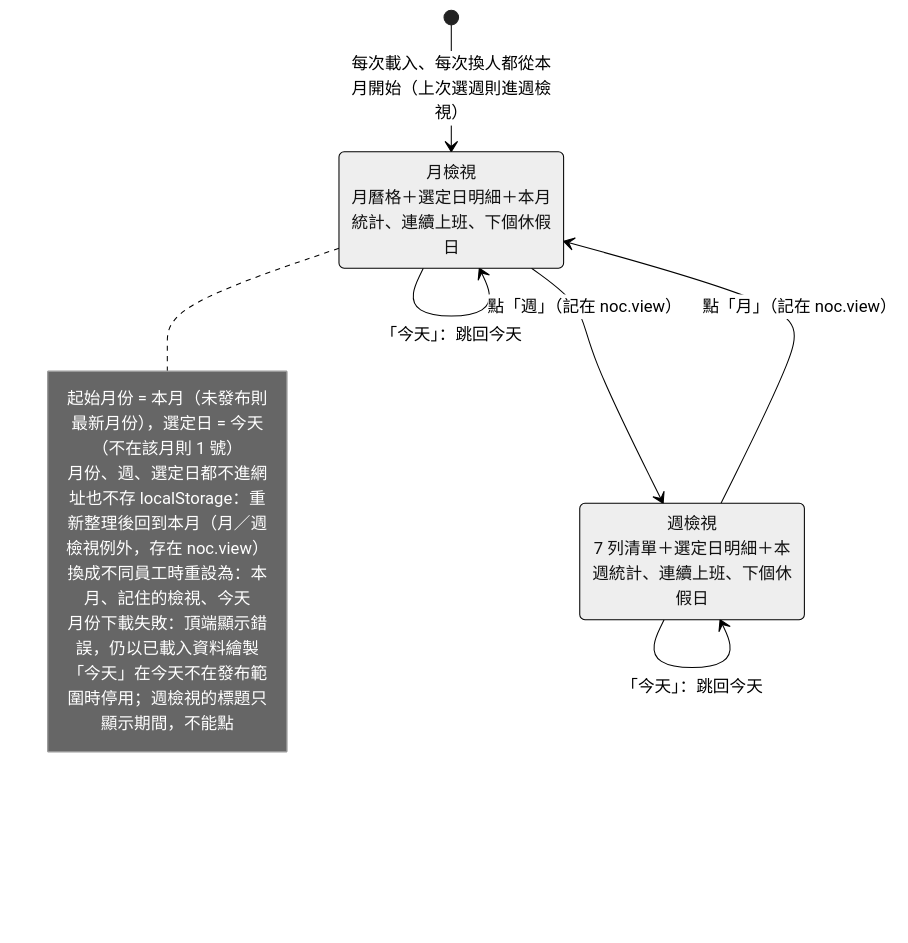
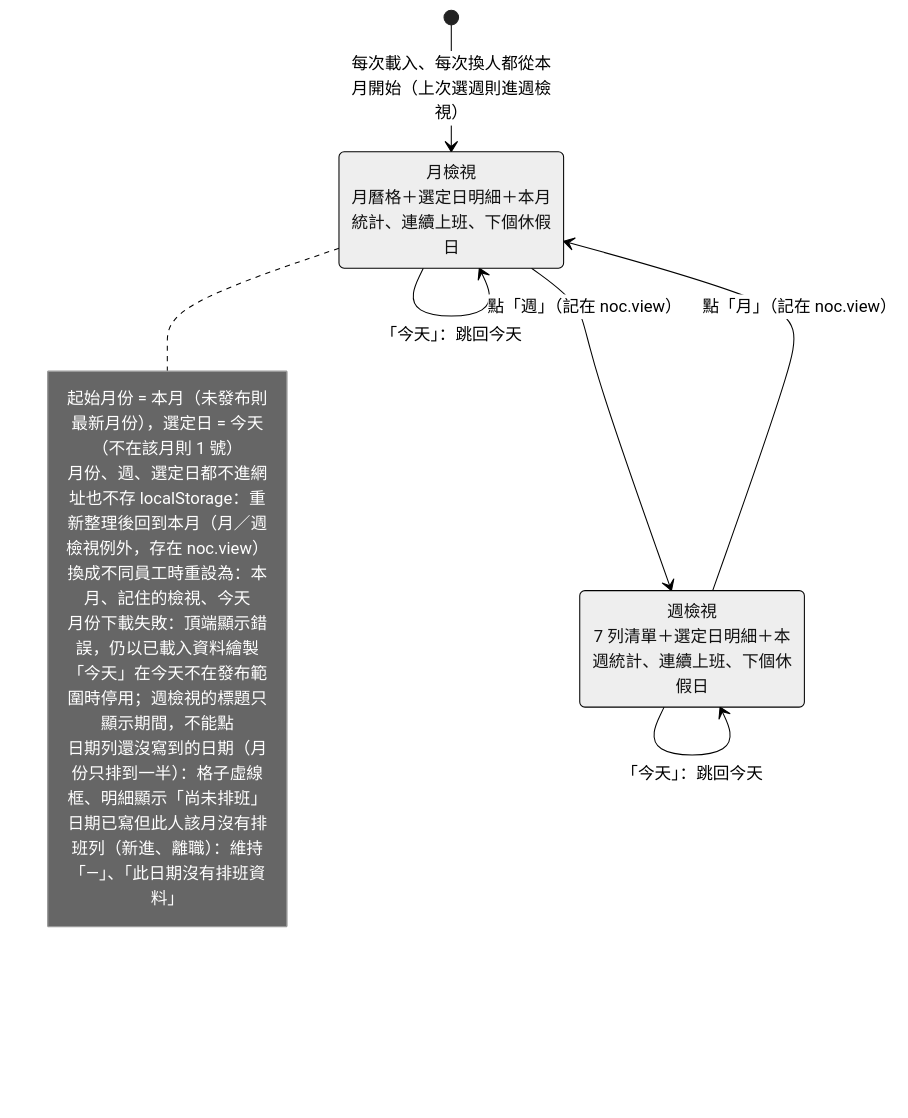
One commit to JasonHsuFet/Working_Shift changed the fourth of 7 diagrams in docs/ux-state-diagrams.md. Above: the diagram before and after it, drawn with Mermaid (neutral theme). The commit also changed other lines of this file and 12 other files, not shown here.

````diff
--- a/docs/ux-state-diagrams.md
+++ b/docs/ux-state-diagrams.md
@@ -105,24 +105,26 @@
 ```mermaid
 stateDiagram-v2
     state "月檢視<br/>月曆格＋選定日明細＋本月統計、連續上班、下個休假日" as Month
     state "週檢視<br/>7 列清單＋選定日明細＋本週統計、連續上班、下個休假日" as Week
 
     [*] --> Month: 每次載入、每次換人都從本月開始（上次選週則進週檢視）
     Month --> Week: 點「週」（記在 noc.view）
     Week --> Month: 點「月」（記在 noc.view）
 
     Month --> Month: ← / → / 左右滑：上下一個已發布月份（兩端停用）
     Month --> Month: 點日期格：改選定日
     Week --> Week: ← / → / 左右滑：±7 天，夾在發布範圍內
     Week --> Week: 點某一列：改選定日（可跨月）
     Month --> Month: 點標題（年月）：開年月選擇器，選已發布月份（未發布月份停用；取消 / Esc / 點外側關閉）
     Month --> Month: 「今天」：跳回今天
     Week --> Week: 「今天」：跳回今天
     note right of Month
         起始月份 = 本月（未發布則最新月份），選定日 = 今天（不在該月則 1 號）
         月份、週、選定日都不進網址也不存 localStorage：重新整理後回到本月（月／週檢視例外，存在 noc.view）
         換成不同員工時重設為：本月、記住的檢視、今天
         月份下載失敗：頂端顯示錯誤，仍以已載入資料繪製
         「今天」在今天不在發布範圍時停用；週檢視的標題只顯示期間，不能點
+        日期列還沒寫到的日期（月份只排到一半）：格子虛線框、明細顯示「尚未排班」
+        日期已寫但此人該月沒有排班列（新進、離職）：維持「—」、「此日期沒有排班資料」
     end note
 ```
````
